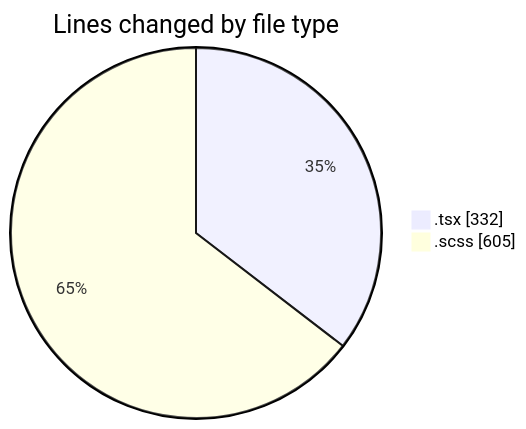
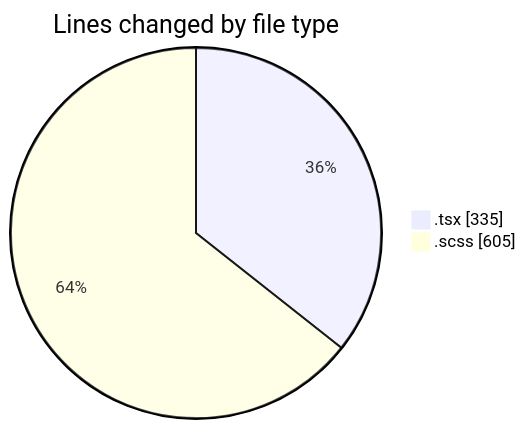
The first of 2 diagrams in 2025-03-27/cda/README.md (momahboobian/code-tracking), drawn with Mermaid before and after one commit. The commit also changed other lines of this file and 1 other file, not shown here.

````diff
--- a/2025-03-27/cda/README.md
+++ b/2025-03-27/cda/README.md
@@ -21,6 +21,6 @@
 ```mermaid
 pie showData
 title Lines changed by file type
-".tsx" : 332
+".tsx" : 335
 ".scss" : 605
 ```
````
